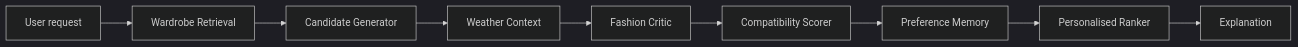
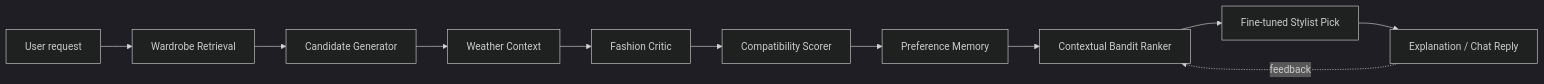
Before and after one commit to dishamalik10/Captstone-main: the second of 2 diagrams in PROJECT_REPORT.md, drawn with Mermaid (dark theme). The commit also changed other lines of this file, not shown here.

First line of the commit message:
Update project report for bandit ranking, Polyvore model and chat changes

````diff
--- a/PROJECT_REPORT.md
+++ b/PROJECT_REPORT.md
@@ -266,11 +288,13 @@
 ```mermaid
 flowchart LR
     Q[User request] --> WR[Wardrobe Retrieval]
     WR --> CG[Candidate Generator]
     CG --> WC[Weather Context]
     WC --> CR[Fashion Critic]
     CR --> CS[Compatibility Scorer]
     CS --> PM[Preference Memory]
-    PM --> RK[Personalised Ranker]
-    RK --> EX[Explanation]
+    PM --> RK[Contextual Bandit Ranker]
+    RK --> ST[Fine-tuned Stylist Pick]
+    ST --> EX[Explanation / Chat Reply]
+    EX -.feedback.-> RK
 ```
````
